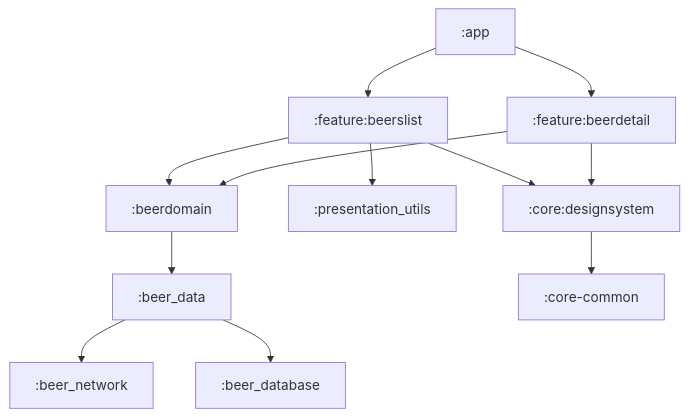
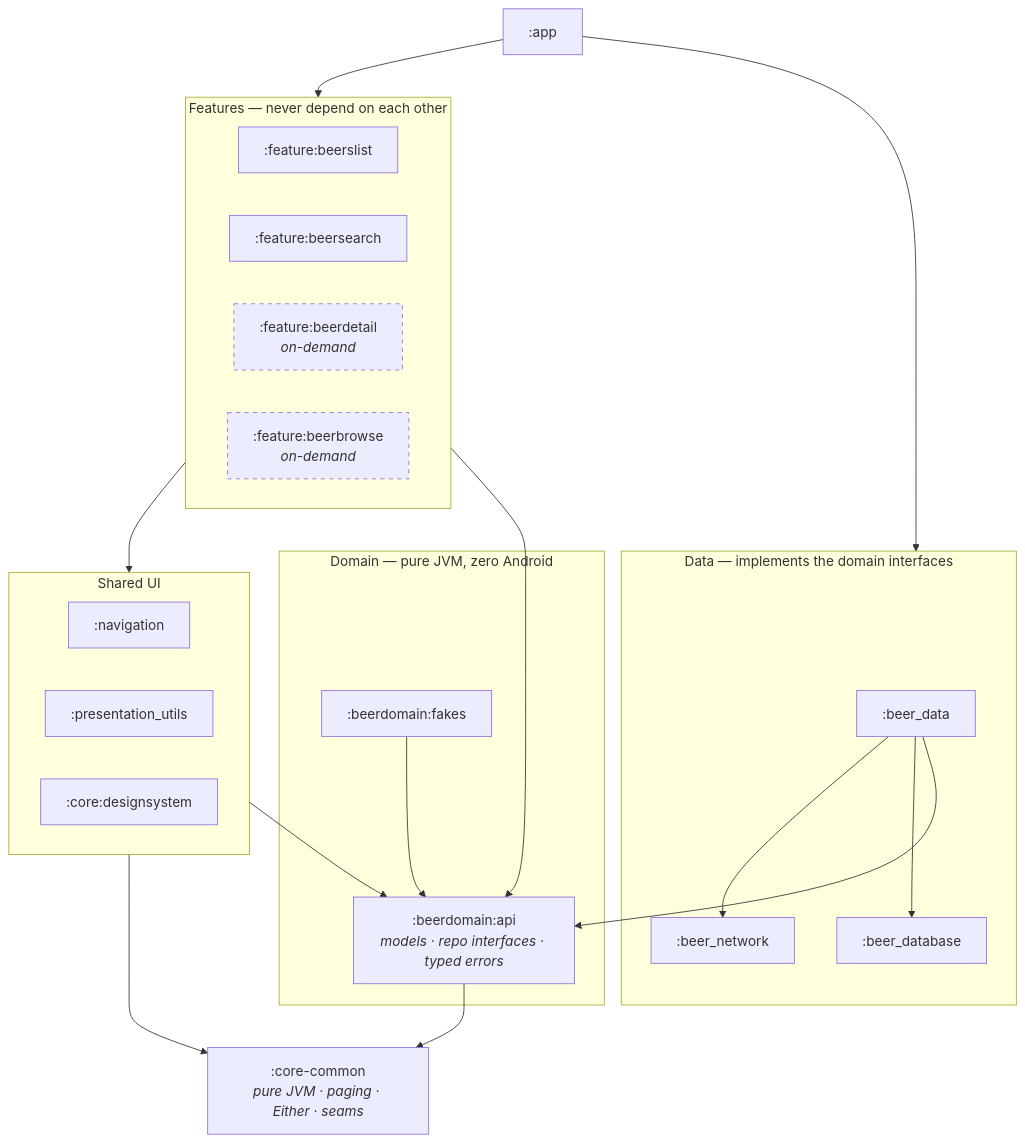
One commit to simtop/BillionBeers changed the first of 2 diagrams in README.md. Above: the diagram before and after it, drawn with Mermaid. The commit also changed other lines of this file, not shown here.

First line of the commit message:
docs: correct the README architecture diagrams and stack table

````diff
--- a/README.md
+++ b/README.md
@@ -37,18 +49,45 @@
 ```mermaid
 graph TD
-    App[":app"] --> FeatureA[":feature:beerslist"]
-    App --> FeatureB[":feature:beerdetail"]
-    
-    FeatureA --> Domain[":beerdomain"]
-    FeatureB --> Domain
-    FeatureA --> PresentationUtils[":presentation_utils"]
-    
-    Domain --> Data[":beer_data"]
-    Data --> Network[":beer_network"]
-    Data --> DB[":beer_database"]
-    
-    FeatureA --> DesignSystem[":core:designsystem"]
-    FeatureB --> DesignSystem
-    
-    DesignSystem --> CoreCommon[":core-common"]
+    App[":app"]
+
+    subgraph FEATURES ["Features — never depend on each other"]
+        List[":feature:beerslist"]
+        Search[":feature:beersearch"]
+        Detail[":feature:beerdetail<br/><i>on-demand</i>"]
+        Browse[":feature:beerbrowse<br/><i>on-demand</i>"]
+    end
+
+    subgraph SHARED ["Shared UI"]
+        Nav[":navigation"]
+        PresUtils[":presentation_utils"]
+        Design[":core:designsystem"]
+    end
+
+    subgraph DATA ["Data — implements the domain interfaces"]
+        Data[":beer_data"]
+        Network[":beer_network"]
+        DB[":beer_database"]
+    end
+
+    subgraph DOMAIN ["Domain — pure JVM, zero Android"]
+        Api[":beerdomain:api<br/><i>models · repo interfaces · typed errors</i>"]
+        Fakes[":beerdomain:fakes"]
+    end
+
+    CoreCommon[":core-common<br/><i>pure JVM · paging · Either · seams</i>"]
+
+    App --> FEATURES
+    App --> DATA
+    FEATURES --> SHARED
+    FEATURES --> Api
+    SHARED --> Api
+    Data --> Network
+    Data --> DB
+    Data --> Api
+    Fakes --> Api
+    Api --> CoreCommon
+    SHARED --> CoreCommon
+
+    classDef dyn stroke-dasharray: 5 5
+    class Detail,Browse dyn
 ```
````
